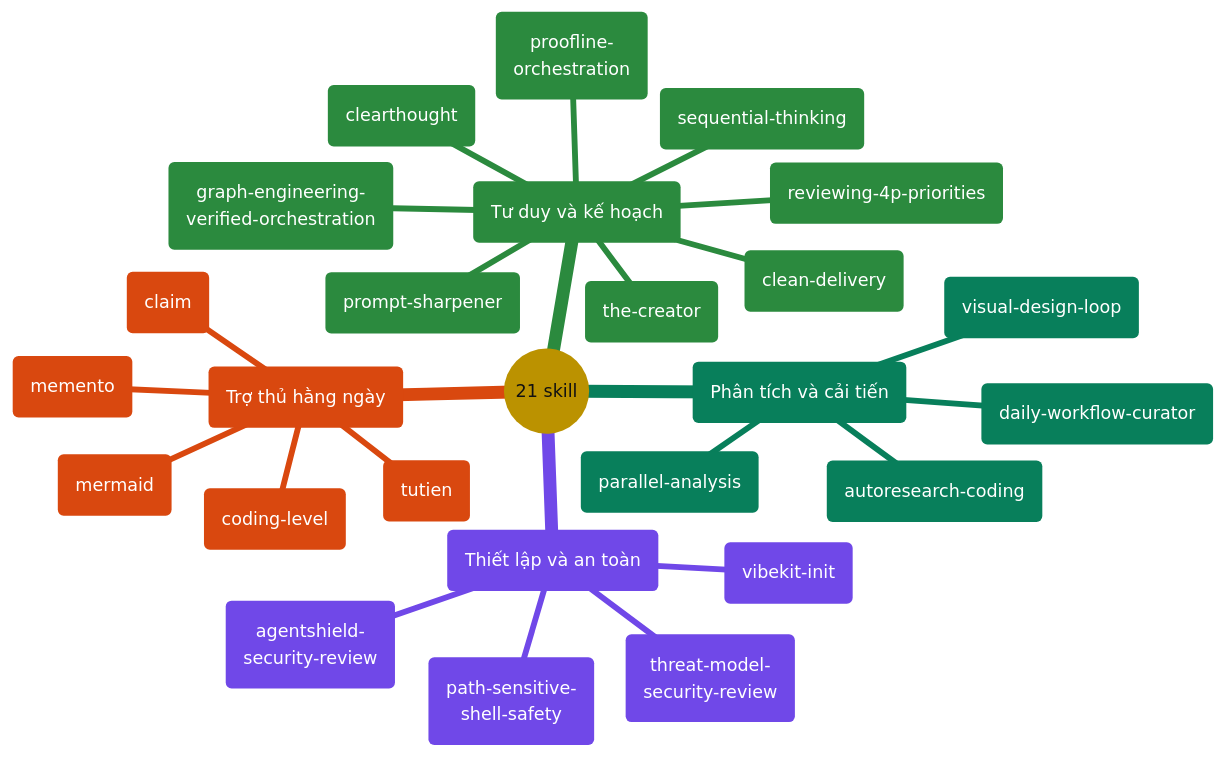
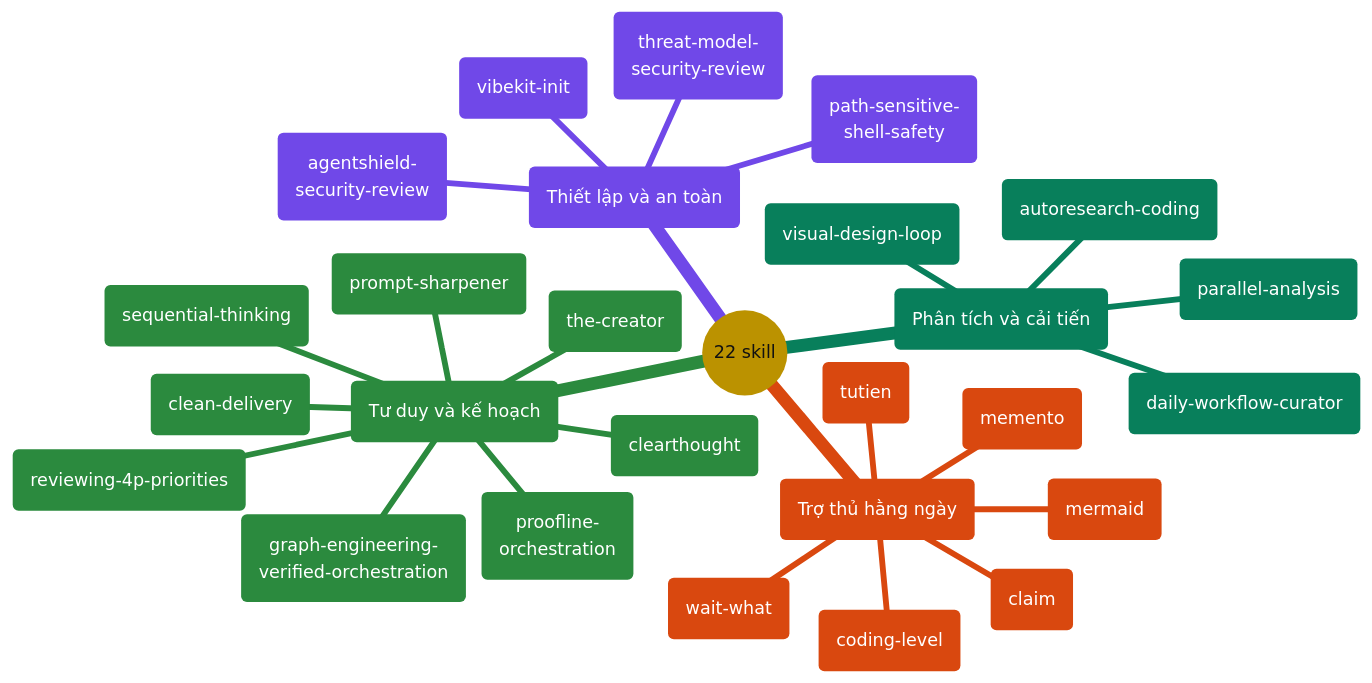
Before and after one commit to giang6283623/minimal-vibe-coding-kit: the fifth of 10 diagrams in docs/README.vi.md, drawn with Mermaid. The commit also changed other lines of this file and 25 other files, not shown here.

Commit message:
add skill wait-what ASD-STE100 based on mattpocock's wait-what

````diff
--- a/docs/README.vi.md
+++ b/docs/README.vi.md
@@ -358,62 +358,63 @@
 ```mermaid
 ---
 config:
   theme: base
   themeCSS: >-
     .mindmap-node:not(.section-root):not(.section--1) text,
     .mindmap-node:not(.section-root):not(.section--1) tspan
     { fill: #FFFFFF !important; }
     .mindmap-node:not(.section-root):not(.section--1) div,
     .mindmap-node:not(.section-root):not(.section--1) span,
     .mindmap-node:not(.section-root):not(.section--1) p
     { color: #FFFFFF !important; }
   themeVariables:
     darkMode: false
     fontFamily: cascadia mono, consolas, noto sans mono, menlo, monospace
     fontSize: 15px
     lineColor: "#888888"
     textColor: "#111111"
     primaryColor: "#FFD43B"
     primaryTextColor: "#111111"
     primaryBorderColor: "#444444"
     cScale0: "#1971C2"
     cScale1: "#7048E8"
     cScale2: "#2B8A3E"
     cScale3: "#087F5B"
     cScale4: "#D9480F"
     cScale5: "#C2255C"
     cScaleLabel0: "#FFFFFF"
     cScaleLabel1: "#FFFFFF"
     cScaleLabel2: "#FFFFFF"
     cScaleLabel3: "#FFFFFF"
     cScaleLabel4: "#FFFFFF"
     cScaleLabel5: "#FFFFFF"
 ---
 mindmap
-  root(("21 skill"))
+  root(("22 skill"))
     setup("Thiết lập và an toàn")
       s1("vibekit-init")
       s2("agentshield-<br/>security-review")
       s3("path-sensitive-<br/>shell-safety")
       s4("threat-model-<br/>security-review")
     think("Tư duy và kế hoạch")
       t1("clearthought")
       t2("sequential-thinking")
       t3("prompt-sharpener")
       t4("reviewing-4p-priorities")
       t5("graph-engineering-<br/>verified-orchestration")
       t6("the-creator")
       t7("proofline-<br/>orchestration")
       t8("clean-delivery")
     analyze("Phân tích và cải tiến")
       a1("parallel-analysis")
       a2("autoresearch-coding")
       a3("daily-workflow-curator")
       a4("visual-design-loop")
     helpers("Trợ thủ hằng ngày")
       h1("memento")
       h2("coding-level")
       h3("mermaid")
       h4("claim")
       h5("tutien")
+      h6("wait-what")
 ```
````
